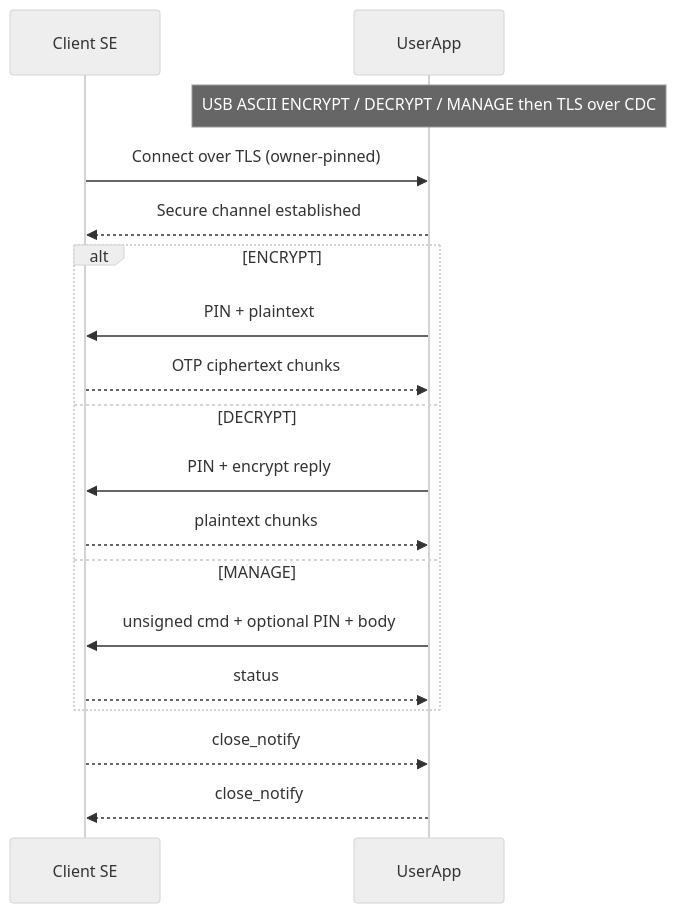
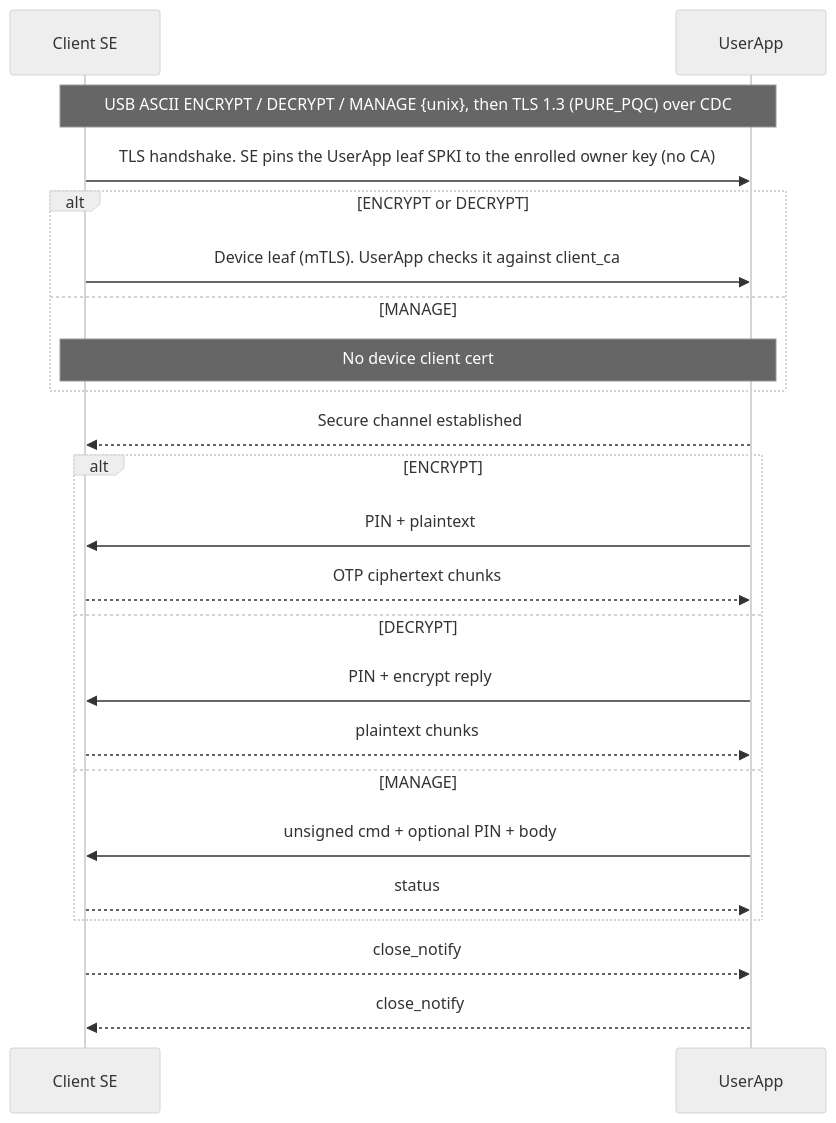
The third of 9 diagrams in JAVA_APPS/docs/FLOWCHARTS.md (vonasmic/one-time-pad-keychain), drawn with Mermaid (neutral theme) before and after one commit. The commit also changed other lines of this file and 310 other files, not shown here.

````diff
--- a/JAVA_APPS/docs/FLOWCHARTS.md
+++ b/JAVA_APPS/docs/FLOWCHARTS.md
@@ -104,23 +127,28 @@
 ```mermaid
 sequenceDiagram
     participant SE as Client SE
     participant USER as UserApp
 
-    Note over USER: USB ASCII ENCRYPT / DECRYPT / MANAGE then TLS over CDC
-    SE->>USER: Connect over TLS (owner-pinned)
+    Note over SE,USER: USB ASCII ENCRYPT / DECRYPT / MANAGE {unix}, then TLS 1.3 (PURE_PQC) over CDC
+    SE->>USER: TLS handshake. SE pins the UserApp leaf SPKI to the enrolled owner key (no CA)
+    alt ENCRYPT or DECRYPT
+        SE->>USER: Device leaf (mTLS). UserApp checks it against client_ca
+    else MANAGE
+        Note over SE,USER: No device client cert
+    end
     USER-->>SE: Secure channel established
 
     alt ENCRYPT
         USER->>SE: PIN + plaintext
         SE-->>USER: OTP ciphertext chunks
     else DECRYPT
         USER->>SE: PIN + encrypt reply
         SE-->>USER: plaintext chunks
     else MANAGE
         USER->>SE: unsigned cmd + optional PIN + body
         SE-->>USER: status
     end
 
     SE-->>USER: close_notify
     USER-->>SE: close_notify
 ```
````
